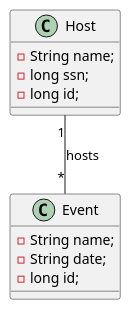
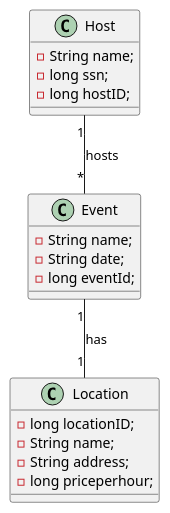
The diagram in asciidoc/plantuml/cld.puml (2122-5ahitm-sew/01-microproject-sknogler), drawn with PlantUML before and after one commit. The commit also changed 2 other files, not shown here.

```diff
--- a/asciidoc/plantuml/cld.puml
+++ b/asciidoc/plantuml/cld.puml
@@ -1,17 +1,25 @@
 @startuml
 
 class Event{
   - String name;
   - String date;
-  - long id;
+  - long eventId;
 }
 
 class Host{
   - String name;
   - long ssn;
-  - long id;
+  - long hostID;
+}
+
+class Location{
+  - long locationID;
+  - String name;
+  - String address;
+  - long priceperhour;
 }
 
 Host "1" -- "*" Event : hosts
+Event "1" == "1" Location : has
 
 @enduml
```
